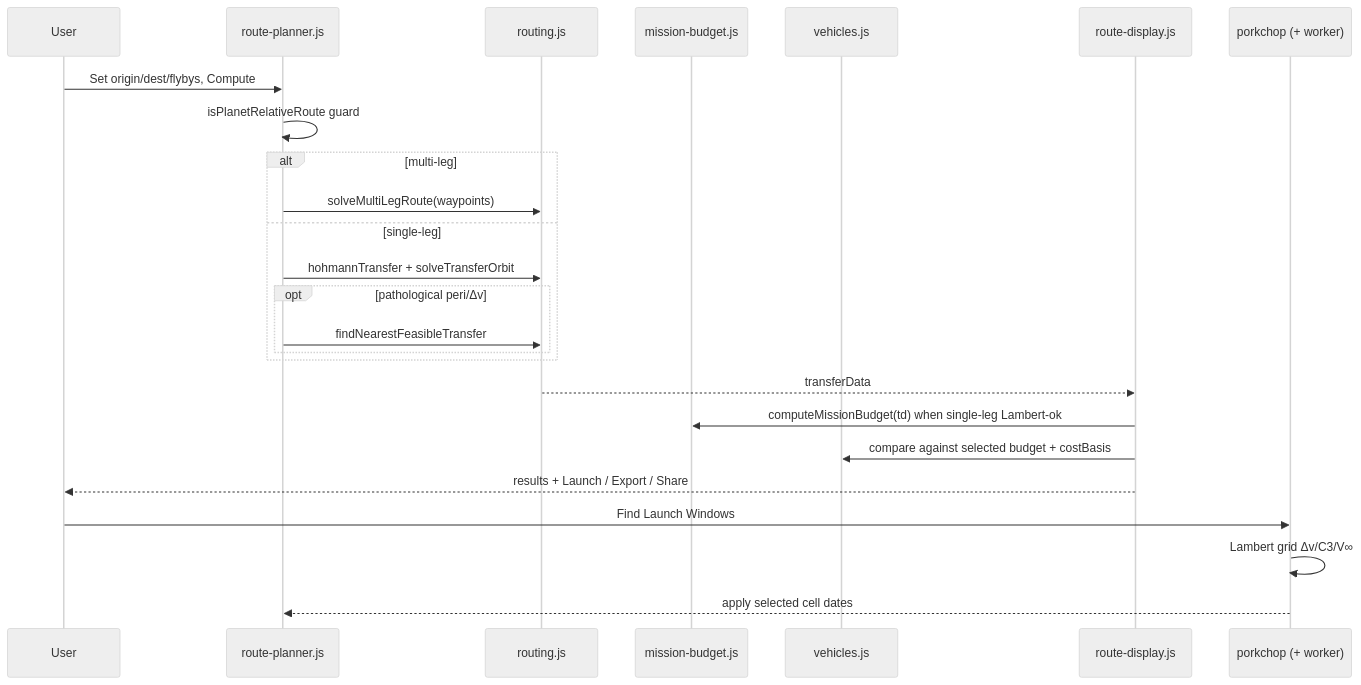
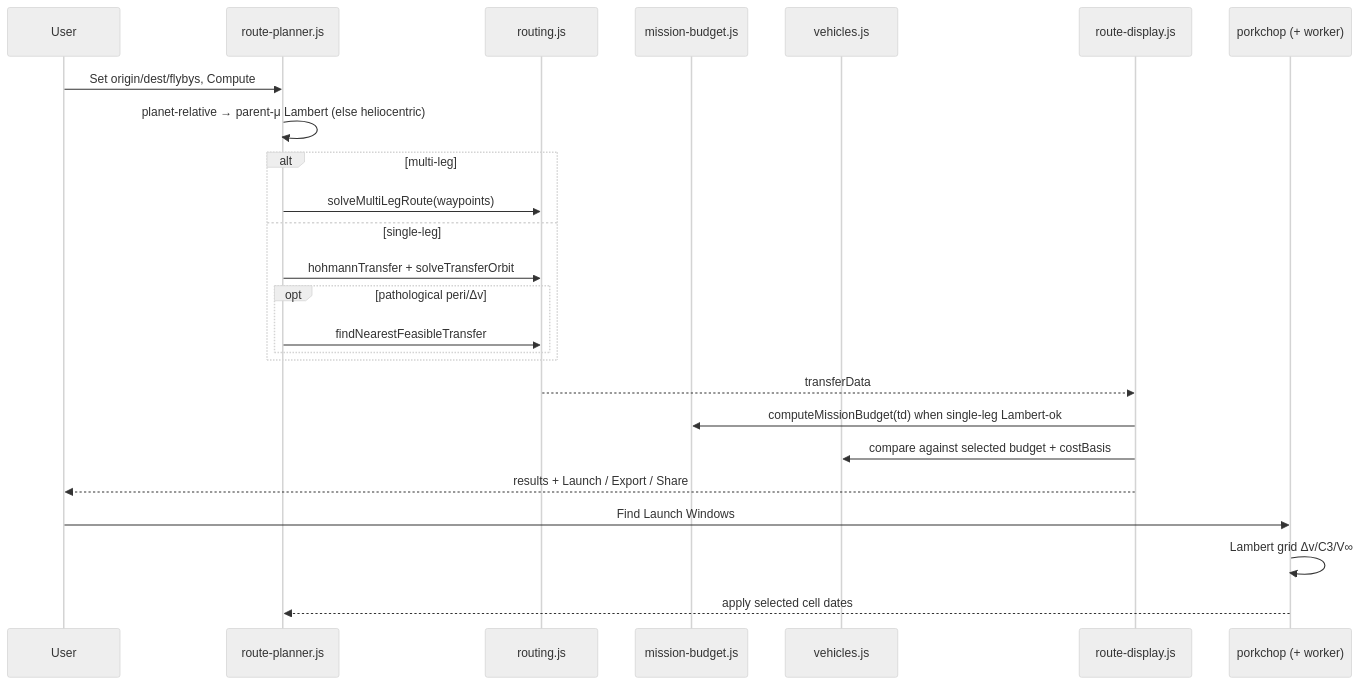
The second of 3 diagrams in docs/trip-planner-design.md (kevinkicho/k-solar-system-navigator), drawn with Mermaid (neutral theme) before and after one commit. The commit also changed other lines of this file and 15 other files, not shown here.

First line of the commit message:
feat: parent-centered planet-relative routing (Europa to Io, Earth to Moon).

````diff
--- a/docs/trip-planner-design.md
+++ b/docs/trip-planner-design.md
@@ -136,29 +136,29 @@
 ```mermaid
 sequenceDiagram
   participant User
   participant RP as route-planner.js
   participant RT as routing.js
   participant MB as mission-budget.js
   participant VEH as vehicles.js
   participant RD as route-display.js
   participant PC as porkchop (+ worker)
 
   User->>RP: Set origin/dest/flybys, Compute
-  RP->>RP: isPlanetRelativeRoute guard
+  RP->>RP: planet-relative → parent-μ Lambert (else heliocentric)
   alt multi-leg
     RP->>RT: solveMultiLegRoute(waypoints)
   else single-leg
     RP->>RT: hohmannTransfer + solveTransferOrbit
     opt pathological peri/Δv
       RP->>RT: findNearestFeasibleTransfer
     end
   end
   RT-->>RD: transferData
   RD->>MB: computeMissionBudget(td) when single-leg Lambert-ok
   RD->>VEH: compare against selected budget + costBasis
   RD-->>User: results + Launch / Export / Share
 
   User->>PC: Find Launch Windows
   PC->>PC: Lambert grid Δv/C3/V∞
   PC-->>RP: apply selected cell dates
 ```
````
